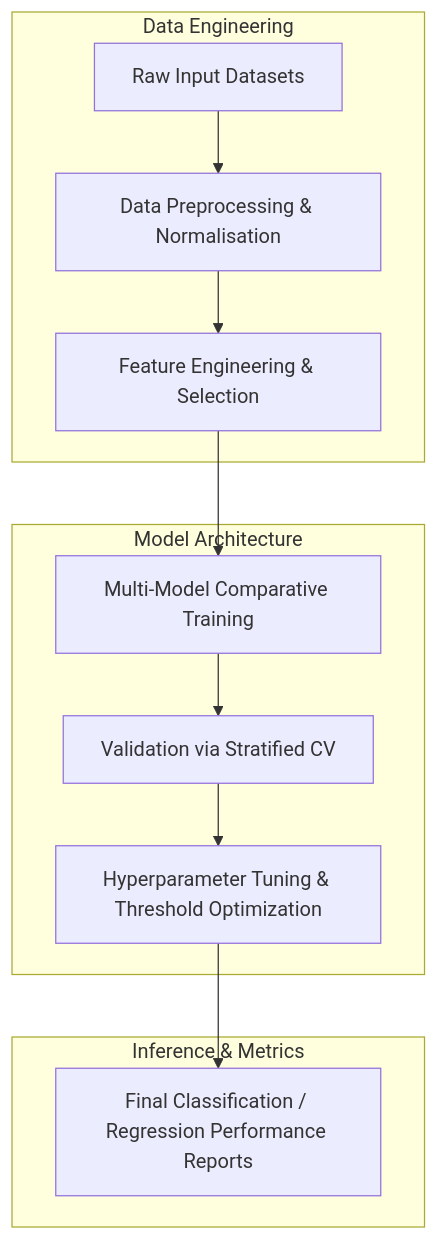
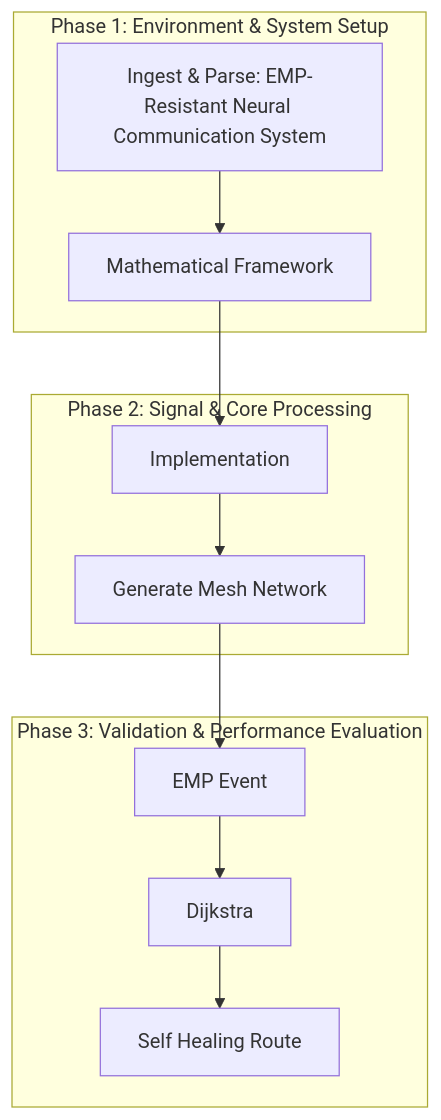
The diagram in README.md (Runtime-Slayers/EMP-Resilient-Bio-Inspired-Communication-Architecture), drawn with Mermaid before and after one commit. The commit also changed other lines of this file, not shown here.

Commit message:
Docs: Restructure README.md with detailed summary and pipeline flowchart

````diff
--- a/README.md
+++ b/README.md
@@ -14,15 +14,22 @@
 ```mermaid
 graph TD
-    subgraph Data Engineering
-        A["Raw Input Datasets"] --> B["Data Preprocessing & Normalisation"]
-        B --> C["Feature Engineering & Selection"]
+    subgraph "Phase 1: Environment & System Setup"
+        N0["Ingest & Parse: EMP-Resistant Neural Communication System"]
+        N1["Mathematical Framework"]
     end
-    subgraph Model Architecture
-        C --> D["Multi-Model Comparative Training"]
-        D --> E["Validation via Stratified CV"]
-        E --> F["Hyperparameter Tuning & Threshold Optimization"]
+    subgraph "Phase 2: Signal & Core Processing"
+        N2["Implementation"]
+        N3["Generate Mesh Network"]
     end
-    subgraph Inference & Metrics
-        F --> G["Final Classification / Regression Performance Reports"]
+    subgraph "Phase 3: Validation & Performance Evaluation"
+        N4["EMP Event"]
+        N5["Dijkstra"]
+        N6["Self Healing Route"]
     end
+    N0 --> N1
+    N1 --> N2
+    N2 --> N3
+    N3 --> N4
+    N4 --> N5
+    N5 --> N6
 ```
````
